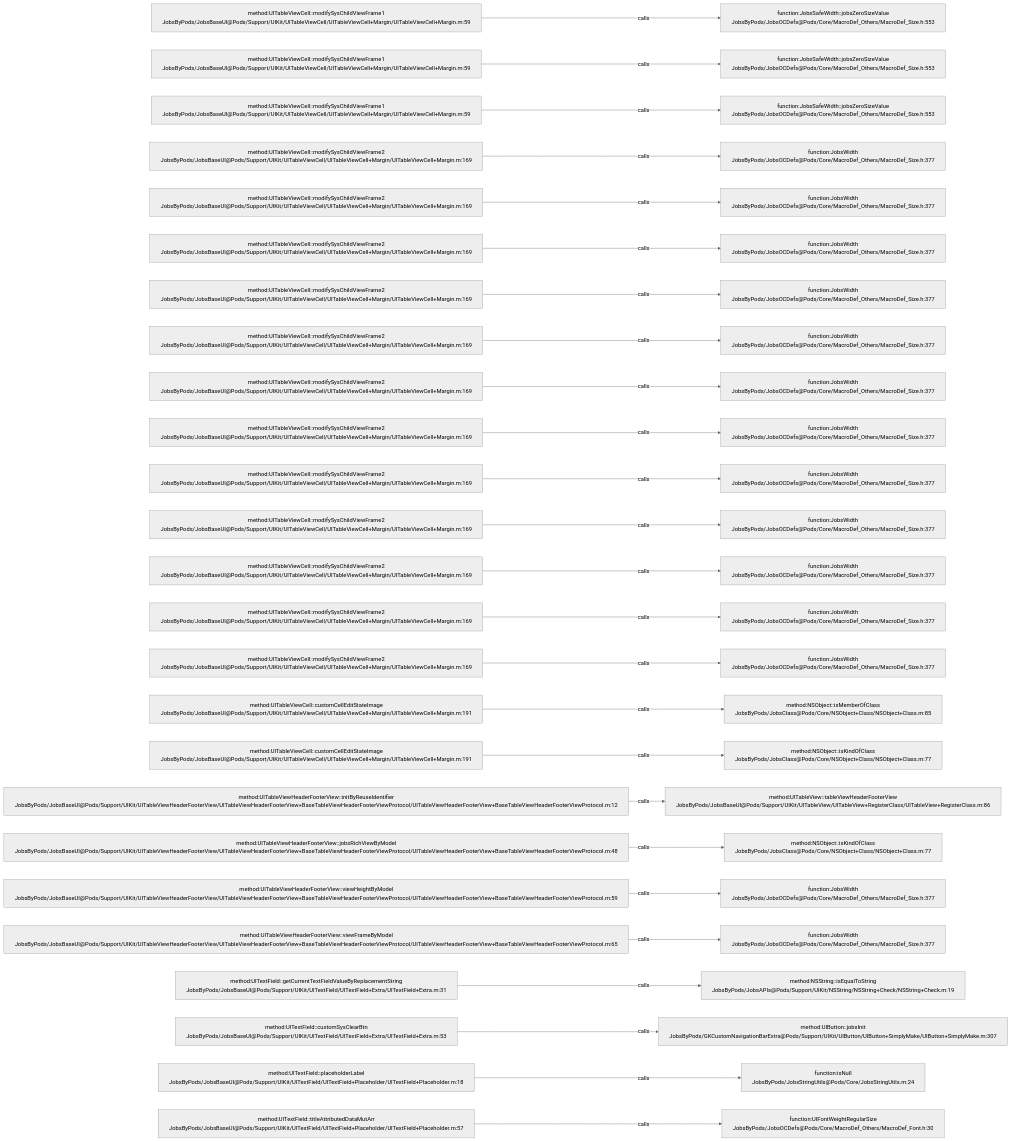
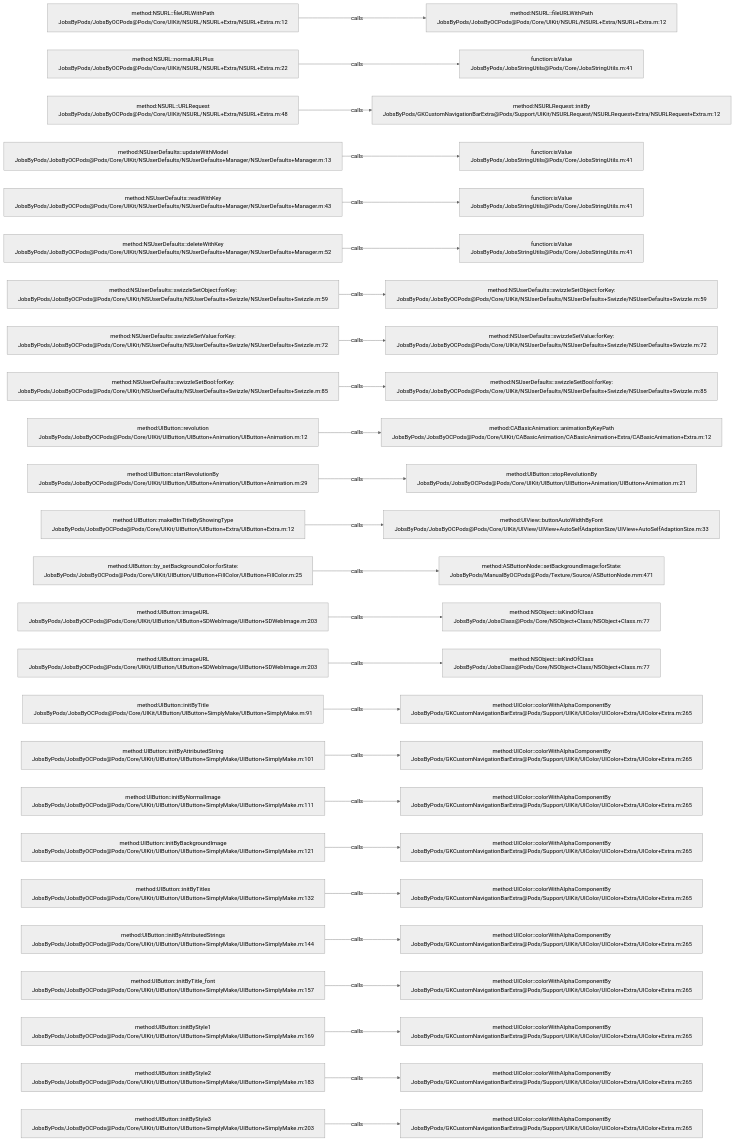
One commit to JobsKits/JobsOCBaseConfigDemo changed the diagram in .codegraph/codegraph.md/graphs/calls-058.md. Above: the diagram before and after it, drawn with Mermaid (neutral theme). The commit also changed 1026 other files, not shown here.

````diff
--- a/.codegraph/codegraph.md/graphs/calls-058.md
+++ b/.codegraph/codegraph.md/graphs/calls-058.md
@@ -13,78 +13,78 @@
 ```mermaid
 flowchart LR
-  S1["method:UITableViewCell::modifySysChildViewFrame1<br/>JobsByPods/JobsBaseUI@Pods/Support/UIKit/UITableViewCell/UITableViewCell+Margin/UITableViewCell+Margin.m:59"]
-  T1["function:JobsSafeWidth::jobsZeroSizeValue<br/>JobsByPods/JobsOCDefs@Pods/Core/MacroDef_Others/MacroDef_Size.h:553"]
+  S1["method:NSURL::fileURLWithPath<br/>JobsByPods/JobsByOCPods@Pods/Core/UIKit/NSURL/NSURL+Extra/NSURL+Extra.m:12"]
+  T1["method:NSURL::fileURLWithPath<br/>JobsByPods/JobsByOCPods@Pods/Core/UIKit/NSURL/NSURL+Extra/NSURL+Extra.m:12"]
   S1 -->|calls| T1
-  S2["method:UITableViewCell::modifySysChildViewFrame1<br/>JobsByPods/JobsBaseUI@Pods/Support/UIKit/UITableViewCell/UITableViewCell+Margin/UITableViewCell+Margin.m:59"]
-  T2["function:JobsSafeWidth::jobsZeroSizeValue<br/>JobsByPods/JobsOCDefs@Pods/Core/MacroDef_Others/MacroDef_Size.h:553"]
+  S2["method:NSURL::normalURLPlus<br/>JobsByPods/JobsByOCPods@Pods/Core/UIKit/NSURL/NSURL+Extra/NSURL+Extra.m:22"]
+  T2["function:isValue<br/>JobsByPods/JobsStringUtils@Pods/Core/JobsStringUtils.m:41"]
   S2 -->|calls| T2
-  S3["method:UITableViewCell::modifySysChildViewFrame1<br/>JobsByPods/JobsBaseUI@Pods/Support/UIKit/UITableViewCell/UITableViewCell+Margin/UITableViewCell+Margin.m:59"]
-  T3["function:JobsSafeWidth::jobsZeroSizeValue<br/>JobsByPods/JobsOCDefs@Pods/Core/MacroDef_Others/MacroDef_Size.h:553"]
+  S3["method:NSURL::URLRequest<br/>JobsByPods/JobsByOCPods@Pods/Core/UIKit/NSURL/NSURL+Extra/NSURL+Extra.m:48"]
+  T3["method:NSURLRequest::initBy<br/>JobsByPods/GKCustomNavigationBarExtra@Pods/Support/UIKit/NSURLRequest/NSURLRequest+Extra/NSURLRequest+Extra.m:12"]
   S3 -->|calls| T3
-  S4["method:UITableViewCell::modifySysChildViewFrame2<br/>JobsByPods/JobsBaseUI@Pods/Support/UIKit/UITableViewCell/UITableViewCell+Margin/UITableViewCell+Margin.m:169"]
-  T4["function:JobsWidth<br/>JobsByPods/JobsOCDefs@Pods/Core/MacroDef_Others/MacroDef_Size.h:377"]
+  S4["method:NSUserDefaults::updateWithModel<br/>JobsByPods/JobsByOCPods@Pods/Core/UIKit/NSUserDefaults/NSUserDefaults+Manager/NSUserDefaults+Manager.m:13"]
+  T4["function:isValue<br/>JobsByPods/JobsStringUtils@Pods/Core/JobsStringUtils.m:41"]
   S4 -->|calls| T4
-  S5["method:UITableViewCell::modifySysChildViewFrame2<br/>JobsByPods/JobsBaseUI@Pods/Support/UIKit/UITableViewCell/UITableViewCell+Margin/UITableViewCell+Margin.m:169"]
-  T5["function:JobsWidth<br/>JobsByPods/JobsOCDefs@Pods/Core/MacroDef_Others/MacroDef_Size.h:377"]
+  S5["method:NSUserDefaults::readWithKey<br/>JobsByPods/JobsByOCPods@Pods/Core/UIKit/NSUserDefaults/NSUserDefaults+Manager/NSUserDefaults+Manager.m:43"]
+  T5["function:isValue<br/>JobsByPods/JobsStringUtils@Pods/Core/JobsStringUtils.m:41"]
   S5 -->|calls| T5
-  S6["method:UITableViewCell::modifySysChildViewFrame2<br/>JobsByPods/JobsBaseUI@Pods/Support/UIKit/UITableViewCell/UITableViewCell+Margin/UITableViewCell+Margin.m:169"]
-  T6["function:JobsWidth<br/>JobsByPods/JobsOCDefs@Pods/Core/MacroDef_Others/MacroDef_Size.h:377"]
+  S6["method:NSUserDefaults::deleteWithKey<br/>JobsByPods/JobsByOCPods@Pods/Core/UIKit/NSUserDefaults/NSUserDefaults+Manager/NSUserDefaults+Manager.m:52"]
+  T6["function:isValue<br/>JobsByPods/JobsStringUtils@Pods/Core/JobsStringUtils.m:41"]
   S6 -->|calls| T6
-  S7["method:UITableViewCell::modifySysChildViewFrame2<br/>JobsByPods/JobsBaseUI@Pods/Support/UIKit/UITableViewCell/UITableViewCell+Margin/UITableViewCell+Margin.m:169"]
-  T7["function:JobsWidth<br/>JobsByPods/JobsOCDefs@Pods/Core/MacroDef_Others/MacroDef_Size.h:377"]
+  S7["method:NSUserDefaults::swizzleSetObject:forKey:<br/>JobsByPods/JobsByOCPods@Pods/Core/UIKit/NSUserDefaults/NSUserDefaults+Swizzle/NSUserDefaults+Swizzle.m:59"]
+  T7["method:NSUserDefaults::swizzleSetObject:forKey:<br/>JobsByPods/JobsByOCPods@Pods/Core/UIKit/NSUserDefaults/NSUserDefaults+Swizzle/NSUserDefaults+Swizzle.m:59"]
   S7 -->|calls| T7
-  S8["method:UITableViewCell::modifySysChildViewFrame2<br/>JobsByPods/JobsBaseUI@Pods/Support/UIKit/UITableViewCell/UITableViewCell+Margin/UITableViewCell+Margin.m:169"]
-  T8["function:JobsWidth<br/>JobsByPods/JobsOCDefs@Pods/Core/MacroDef_Others/MacroDef_Size.h:377"]
+  S8["method:NSUserDefaults::swizzleSetValue:forKey:<br/>JobsByPods/JobsByOCPods@Pods/Core/UIKit/NSUserDefaults/NSUserDefaults+Swizzle/NSUserDefaults+Swizzle.m:72"]
+  T8["method:NSUserDefaults::swizzleSetValue:forKey:<br/>JobsByPods/JobsByOCPods@Pods/Core/UIKit/NSUserDefaults/NSUserDefaults+Swizzle/NSUserDefaults+Swizzle.m:72"]
   S8 -->|calls| T8
-  S9["method:UITableViewCell::modifySysChildViewFrame2<br/>JobsByPods/JobsBaseUI@Pods/Support/UIKit/UITableViewCell/UITableViewCell+Margin/UITableViewCell+Margin.m:169"]
-  T9["function:JobsWidth<br/>JobsByPods/JobsOCDefs@Pods/Core/MacroDef_Others/MacroDef_Size.h:377"]
+  S9["method:NSUserDefaults::swizzleSetBool:forKey:<br/>JobsByPods/JobsByOCPods@Pods/Core/UIKit/NSUserDefaults/NSUserDefaults+Swizzle/NSUserDefaults+Swizzle.m:85"]
+  T9["method:NSUserDefaults::swizzleSetBool:forKey:<br/>JobsByPods/JobsByOCPods@Pods/Core/UIKit/NSUserDefaults/NSUserDefaults+Swizzle/NSUserDefaults+Swizzle.m:85"]
   S9 -->|calls| T9
-  S10["method:UITableViewCell::modifySysChildViewFrame2<br/>JobsByPods/JobsBaseUI@Pods/Support/UIKit/UITableViewCell/UITableViewCell+Margin/UITableViewCell+Margin.m:169"]
-  T10["function:JobsWidth<br/>JobsByPods/JobsOCDefs@Pods/Core/MacroDef_Others/MacroDef_Size.h:377"]
+  S10["method:UIButton::revolution<br/>JobsByPods/JobsByOCPods@Pods/Core/UIKit/UIButton/UIButton+Animation/UIButton+Animation.m:12"]
+  T10["method:CABasicAnimation::animationByKeyPath<br/>JobsByPods/JobsByOCPods@Pods/Core/UIKit/CABasicAnimation/CABasicAnimation+Extra/CABasicAnimation+Extra.m:12"]
   S10 -->|calls| T10
-  S11["method:UITableViewCell::modifySysChildViewFrame2<br/>JobsByPods/JobsBaseUI@Pods/Support/UIKit/UITableViewCell/UITableViewCell+Margin/UITableViewCell+Margin.m:169"]
-  T11["function:JobsWidth<br/>JobsByPods/JobsOCDefs@Pods/Core/MacroDef_Others/MacroDef_Size.h:377"]
+  S11["method:UIButton::startRevolutionBy<br/>JobsByPods/JobsByOCPods@Pods/Core/UIKit/UIButton/UIButton+Animation/UIButton+Animation.m:29"]
+  T11["method:UIButton::stopRevolutionBy<br/>JobsByPods/JobsByOCPods@Pods/Core/UIKit/UIButton/UIButton+Animation/UIButton+Animation.m:21"]
   S11 -->|calls| T11
-  S12["method:UITableViewCell::modifySysChildViewFrame2<br/>JobsByPods/JobsBaseUI@Pods/Support/UIKit/UITableViewCell/UITableViewCell+Margin/UITableViewCell+Margin.m:169"]
-  T12["function:JobsWidth<br/>JobsByPods/JobsOCDefs@Pods/Core/MacroDef_Others/MacroDef_Size.h:377"]
+  S12["method:UIButton::makeBtnTitleByShowingType<br/>JobsByPods/JobsByOCPods@Pods/Core/UIKit/UIButton/UIButton+Extra/UIButton+Extra.m:12"]
+  T12["method:UIView::buttonAutoWidthByFont<br/>JobsByPods/JobsByOCPods@Pods/Core/UIKit/UIView/UIView+AutoSelfAdaptionSize/UIView+AutoSelfAdaptionSize.m:33"]
   S12 -->|calls| T12
-  S13["method:UITableViewCell::modifySysChildViewFrame2<br/>JobsByPods/JobsBaseUI@Pods/Support/UIKit/UITableViewCell/UITableViewCell+Margin/UITableViewCell+Margin.m:169"]
-  T13["function:JobsWidth<br/>JobsByPods/JobsOCDefs@Pods/Core/MacroDef_Others/MacroDef_Size.h:377"]
+  S13["method:UIButton::by_setBackgroundColor:forState:<br/>JobsByPods/JobsByOCPods@Pods/Core/UIKit/UIButton/UIButton+FillColor/UIButton+FillColor.m:25"]
+  T13["method:ASButtonNode::setBackgroundImage:forState:<br/>JobsByPods/ManualByOCPods@Pods/Texture/Source/ASButtonNode.mm:471"]
   S13 -->|calls| T13
-  S14["method:UITableViewCell::modifySysChildViewFrame2<br/>JobsByPods/JobsBaseUI@Pods/Support/UIKit/UITableViewCell/UITableViewCell+Margin/UITableViewCell+Margin.m:169"]
-  T14["function:JobsWidth<br/>JobsByPods/JobsOCDefs@Pods/Core/MacroDef_Others/MacroDef_Size.h:377"]
+  S14["method:UIButton::imageURL<br/>JobsByPods/JobsByOCPods@Pods/Core/UIKit/UIButton/UIButton+SDWebImage/UIButton+SDWebImage.m:203"]
+  T14["method:NSObject::isKindOfClass<br/>JobsByPods/JobsClass@Pods/Core/NSObject+Class/NSObject+Class.m:77"]
   S14 -->|calls| T14
-  S15["method:UITableViewCell::modifySysChildViewFrame2<br/>JobsByPods/JobsBaseUI@Pods/Support/UIKit/UITableViewCell/UITableViewCell+Margin/UITableViewCell+Margin.m:169"]
-  T15["function:JobsWidth<br/>JobsByPods/JobsOCDefs@Pods/Core/MacroDef_Others/MacroDef_Size.h:377"]
+  S15["method:UIButton::imageURL<br/>JobsByPods/JobsByOCPods@Pods/Core/UIKit/UIButton/UIButton+SDWebImage/UIButton+SDWebImage.m:203"]
+  T15["method:NSObject::isKindOfClass<br/>JobsByPods/JobsClass@Pods/Core/NSObject+Class/NSObject+Class.m:77"]
   S15 -->|calls| T15
-  S16["method:UITableViewCell::customCellEditStateImage<br/>JobsByPods/JobsBaseUI@Pods/Support/UIKit/UITableViewCell/UITableViewCell+Margin/UITableViewCell+Margin.m:191"]
-  T16["method:NSObject::isMemberOfClass<br/>JobsByPods/JobsClass@Pods/Core/NSObject+Class/NSObject+Class.m:85"]
+  S16["method:UIButton::initByTitle<br/>JobsByPods/JobsByOCPods@Pods/Core/UIKit/UIButton/UIButton+SimplyMake/UIButton+SimplyMake.m:91"]
+  T16["method:UIColor::colorWithAlphaComponentBy<br/>JobsByPods/GKCustomNavigationBarExtra@Pods/Support/UIKit/UIColor/UIColor+Extra/UIColor+Extra.m:265"]
   S16 -->|calls| T16
-  S17["method:UITableViewCell::customCellEditStateImage<br/>JobsByPods/JobsBaseUI@Pods/Support/UIKit/UITableViewCell/UITableViewCell+Margin/UITableViewCell+Margin.m:191"]
-  T17["method:NSObject::isKindOfClass<br/>JobsByPods/JobsClass@Pods/Core/NSObject+Class/NSObject+Class.m:77"]
+  S17["method:UIButton::initByAttributedString<br/>JobsByPods/JobsByOCPods@Pods/Core/UIKit/UIButton/UIButton+SimplyMake/UIButton+SimplyMake.m:101"]
+  T17["method:UIColor::colorWithAlphaComponentBy<br/>JobsByPods/GKCustomNavigationBarExtra@Pods/Support/UIKit/UIColor/UIColor+Extra/UIColor+Extra.m:265"]
   S17 -->|calls| T17
-  S18["method:UITableViewHeaderFooterView::initByReuseIdentifier<br/>JobsByPods/JobsBaseUI@Pods/Support/UIKit/UITableViewHeaderFooterView/UITableViewHeaderFooterView+BaseTableViewHeaderFooterViewProtocol/UITableViewHeaderFooterView+BaseTableViewHeaderFooterViewProtocol.m:12"]
-  T18["method:UITableView::tableViewHeaderFooterView<br/>JobsByPods/JobsBaseUI@Pods/Support/UIKit/UITableView/UITableView+RegisterClass/UITableView+RegisterClass.m:86"]
+  S18["method:UIButton::initByNormalImage<br/>JobsByPods/JobsByOCPods@Pods/Core/UIKit/UIButton/UIButton+SimplyMake/UIButton+SimplyMake.m:111"]
+  T18["method:UIColor::colorWithAlphaComponentBy<br/>JobsByPods/GKCustomNavigationBarExtra@Pods/Support/UIKit/UIColor/UIColor+Extra/UIColor+Extra.m:265"]
   S18 -->|calls| T18
-  S19["method:UITableViewHeaderFooterView::jobsRichViewByModel<br/>JobsByPods/JobsBaseUI@Pods/Support/UIKit/UITableViewHeaderFooterView/UITableViewHeaderFooterView+BaseTableViewHeaderFooterViewProtocol/UITableViewHeaderFooterView+BaseTableViewHeaderFooterViewProtocol.m:48"]
-  T19["method:NSObject::isKindOfClass<br/>JobsByPods/JobsClass@Pods/Core/NSObject+Class/NSObject+Class.m:77"]
+  S19["method:UIButton::initByBackgroundImage<br/>JobsByPods/JobsByOCPods@Pods/Core/UIKit/UIButton/UIButton+SimplyMake/UIButton+SimplyMake.m:121"]
+  T19["method:UIColor::colorWithAlphaComponentBy<br/>JobsByPods/GKCustomNavigationBarExtra@Pods/Support/UIKit/UIColor/UIColor+Extra/UIColor+Extra.m:265"]
   S19 -->|calls| T19
-  S20["method:UITableViewHeaderFooterView::viewHeightByModel<br/>JobsByPods/JobsBaseUI@Pods/Support/UIKit/UITableViewHeaderFooterView/UITableViewHeaderFooterView+BaseTableViewHeaderFooterViewProtocol/UITableViewHeaderFooterView+BaseTableViewHeaderFooterViewProtocol.m:59"]
-  T20["function:JobsWidth<br/>JobsByPods/JobsOCDefs@Pods/Core/MacroDef_Others/MacroDef_Size.h:377"]
+  S20["method:UIButton::initByTitles<br/>JobsByPods/JobsByOCPods@Pods/Core/UIKit/UIButton/UIButton+SimplyMake/UIButton+SimplyMake.m:132"]
+  T20["method:UIColor::colorWithAlphaComponentBy<br/>JobsByPods/GKCustomNavigationBarExtra@Pods/Support/UIKit/UIColor/UIColor+Extra/UIColor+Extra.m:265"]
   S20 -->|calls| T20
-  S21["method:UITableViewHeaderFooterView::viewFrameByModel<br/>JobsByPods/JobsBaseUI@Pods/Support/UIKit/UITableViewHeaderFooterView/UITableViewHeaderFooterView+BaseTableViewHeaderFooterViewProtocol/UITableViewHeaderFooterView+BaseTableViewHeaderFooterViewProtocol.m:65"]
-  T21["function:JobsWidth<br/>JobsByPods/JobsOCDefs@Pods/Core/MacroDef_Others/MacroDef_Size.h:377"]
+  S21["method:UIButton::initByAttributedStrings<br/>JobsByPods/JobsByOCPods@Pods/Core/UIKit/UIButton/UIButton+SimplyMake/UIButton+SimplyMake.m:144"]
+  T21["method:UIColor::colorWithAlphaComponentBy<br/>JobsByPods/GKCustomNavigationBarExtra@Pods/Support/UIKit/UIColor/UIColor+Extra/UIColor+Extra.m:265"]
   S21 -->|calls| T21
-  S22["method:UITextField::getCurrentTextFieldValueByReplacementString<br/>JobsByPods/JobsBaseUI@Pods/Support/UIKit/UITextField/UITextField+Extra/UITextField+Extra.m:31"]
-  T22["method:NSString::isEqualToString<br/>JobsByPods/JobsAPIs@Pods/Support/UIKit/NSString/NSString+Check/NSString+Check.m:19"]
+  S22["method:UIButton::initByTitle_font<br/>JobsByPods/JobsByOCPods@Pods/Core/UIKit/UIButton/UIButton+SimplyMake/UIButton+SimplyMake.m:157"]
+  T22["method:UIColor::colorWithAlphaComponentBy<br/>JobsByPods/GKCustomNavigationBarExtra@Pods/Support/UIKit/UIColor/UIColor+Extra/UIColor+Extra.m:265"]
   S22 -->|calls| T22
-  S23["method:UITextField::customSysClearBtn<br/>JobsByPods/JobsBaseUI@Pods/Support/UIKit/UITextField/UITextField+Extra/UITextField+Extra.m:53"]
-  T23["method:UIButton::jobsInit<br/>JobsByPods/GKCustomNavigationBarExtra@Pods/Support/UIKit/UIButton/UIButton+SimplyMake/UIButton+SimplyMake.m:307"]
+  S23["method:UIButton::initByStyle1<br/>JobsByPods/JobsByOCPods@Pods/Core/UIKit/UIButton/UIButton+SimplyMake/UIButton+SimplyMake.m:169"]
+  T23["method:UIColor::colorWithAlphaComponentBy<br/>JobsByPods/GKCustomNavigationBarExtra@Pods/Support/UIKit/UIColor/UIColor+Extra/UIColor+Extra.m:265"]
   S23 -->|calls| T23
-  S24["method:UITextField::placeholderLabel<br/>JobsByPods/JobsBaseUI@Pods/Support/UIKit/UITextField/UITextField+Placeholder/UITextField+Placeholder.m:18"]
-  T24["function:isNull<br/>JobsByPods/JobsStringUtils@Pods/Core/JobsStringUtils.m:24"]
+  S24["method:UIButton::initByStyle2<br/>JobsByPods/JobsByOCPods@Pods/Core/UIKit/UIButton/UIButton+SimplyMake/UIButton+SimplyMake.m:183"]
+  T24["method:UIColor::colorWithAlphaComponentBy<br/>JobsByPods/GKCustomNavigationBarExtra@Pods/Support/UIKit/UIColor/UIColor+Extra/UIColor+Extra.m:265"]
   S24 -->|calls| T24
-  S25["method:UITextField::titleAttributedDataMutArr<br/>JobsByPods/JobsBaseUI@Pods/Support/UIKit/UITextField/UITextField+Placeholder/UITextField+Placeholder.m:57"]
-  T25["function:UIFontWeightRegularSize<br/>JobsByPods/JobsOCDefs@Pods/Core/MacroDef_Others/MacroDef_Font.h:30"]
+  S25["method:UIButton::initByStyle3<br/>JobsByPods/JobsByOCPods@Pods/Core/UIKit/UIButton/UIButton+SimplyMake/UIButton+SimplyMake.m:203"]
+  T25["method:UIColor::colorWithAlphaComponentBy<br/>JobsByPods/GKCustomNavigationBarExtra@Pods/Support/UIKit/UIColor/UIColor+Extra/UIColor+Extra.m:265"]
   S25 -->|calls| T25
 ```
````
